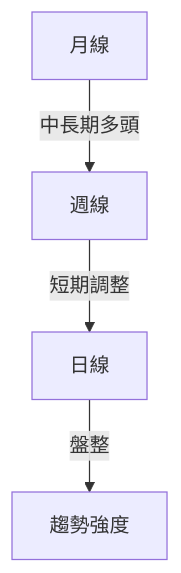
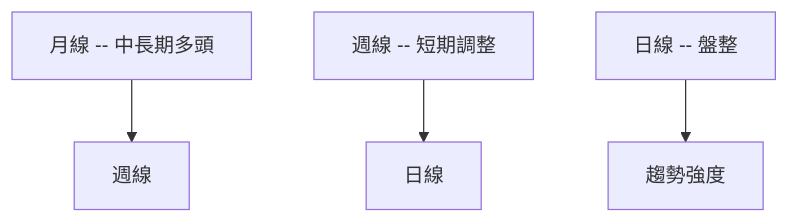
Before and after one commit to yennanliu/finance_data: the second of 10 diagrams in ai_gen_report/stock/ktos/technical_analysis_2026-04-08_openai.md, drawn with Mermaid. The commit also changed other lines of this file and 2258 other files, not shown here.

First line of the commit message:
chore: backfill Mermaid syntax repair across existing reports

````diff
--- a/ai_gen_report/stock/ktos/technical_analysis_2026-04-08_openai.md
+++ b/ai_gen_report/stock/ktos/technical_analysis_2026-04-08_openai.md
@@ -90,6 +90,6 @@
 ```mermaid
 graph TD
-    月線 -- 中長期多頭 --> 週線
-    週線 -- 短期調整 --> 日線
-    日線 -- 盤整 --> 趨勢強度
+    nb1["月線 -- 中長期多頭"] --> 週線
+    nb2["週線 -- 短期調整"] --> 日線
+    nb3["日線 -- 盤整"] --> 趨勢強度
 ```
````
